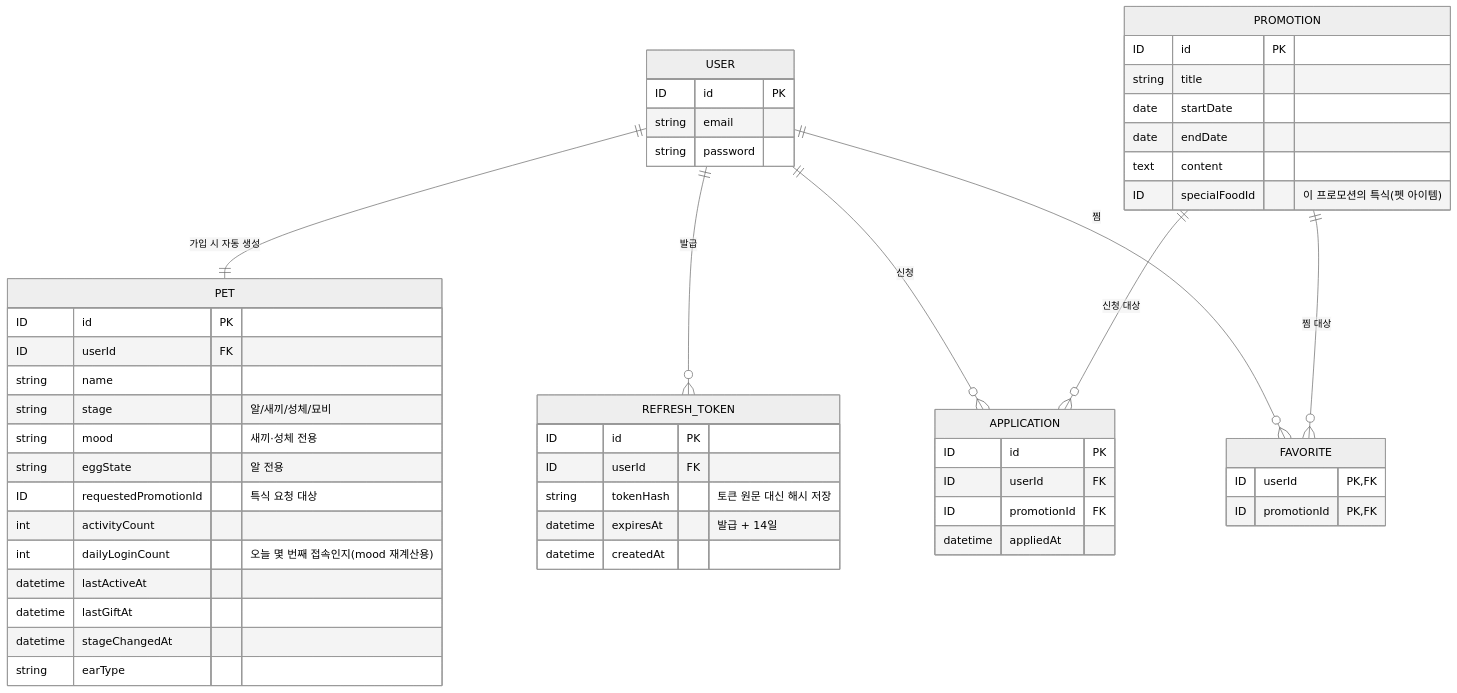
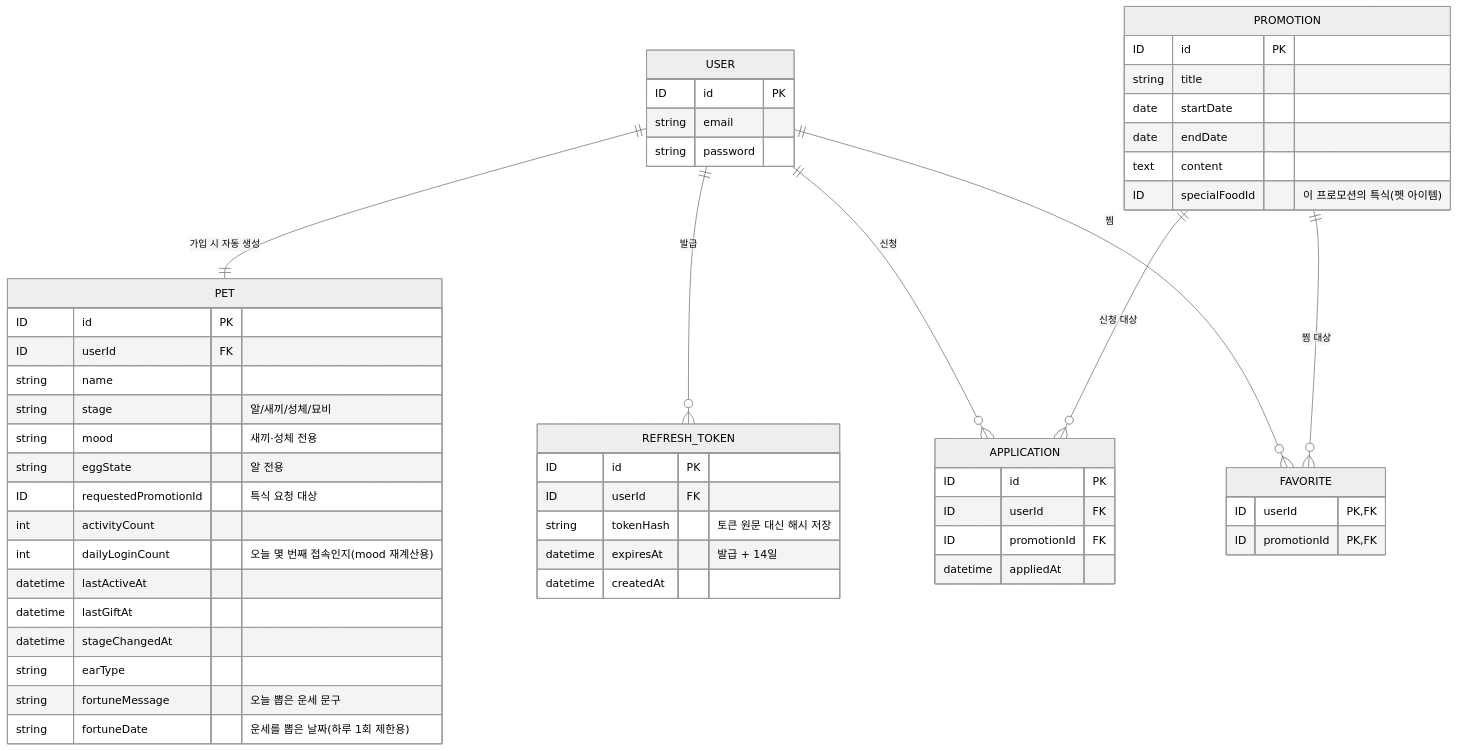
Before and after one commit to chaeuk-60/b2b-promo: the diagram in docs/9-erd.md, drawn with Mermaid (neutral theme). The commit also changed 7 other files, not shown here.

````diff
--- a/docs/9-erd.md
+++ b/docs/9-erd.md
@@ -5,60 +5,62 @@
 ```mermaid
 erDiagram
     USER ||--|| PET : "가입 시 자동 생성"
     USER ||--o{ REFRESH_TOKEN : "발급"
     USER ||--o{ APPLICATION : "신청"
     USER ||--o{ FAVORITE : "찜"
     PROMOTION ||--o{ APPLICATION : "신청 대상"
     PROMOTION ||--o{ FAVORITE : "찜 대상"
 
     USER {
         ID id PK
         string email
         string password
     }
 
     REFRESH_TOKEN {
         ID id PK
         ID userId FK
         string tokenHash "토큰 원문 대신 해시 저장"
         datetime expiresAt "발급 + 14일"
         datetime createdAt
     }
 
     PROMOTION {
         ID id PK
         string title
         date startDate
         date endDate
         text content
         ID specialFoodId "이 프로모션의 특식(펫 아이템)"
     }
 
     APPLICATION {
         ID id PK
         ID userId FK
         ID promotionId FK
         datetime appliedAt
     }
 
     FAVORITE {
         ID userId PK,FK
         ID promotionId PK,FK
     }
 
     PET {
         ID id PK
         ID userId FK
         string name
         string stage "알/새끼/성체/묘비"
         string mood "새끼·성체 전용"
         string eggState "알 전용"
         ID requestedPromotionId "특식 요청 대상"
         int activityCount
         int dailyLoginCount "오늘 몇 번째 접속인지(mood 재계산용)"
         datetime lastActiveAt
         datetime lastGiftAt
         datetime stageChangedAt
         string earType
+        string fortuneMessage "오늘 뽑은 운세 문구"
+        string fortuneDate "운세를 뽑은 날짜(하루 1회 제한용)"
     }
 ```
````
